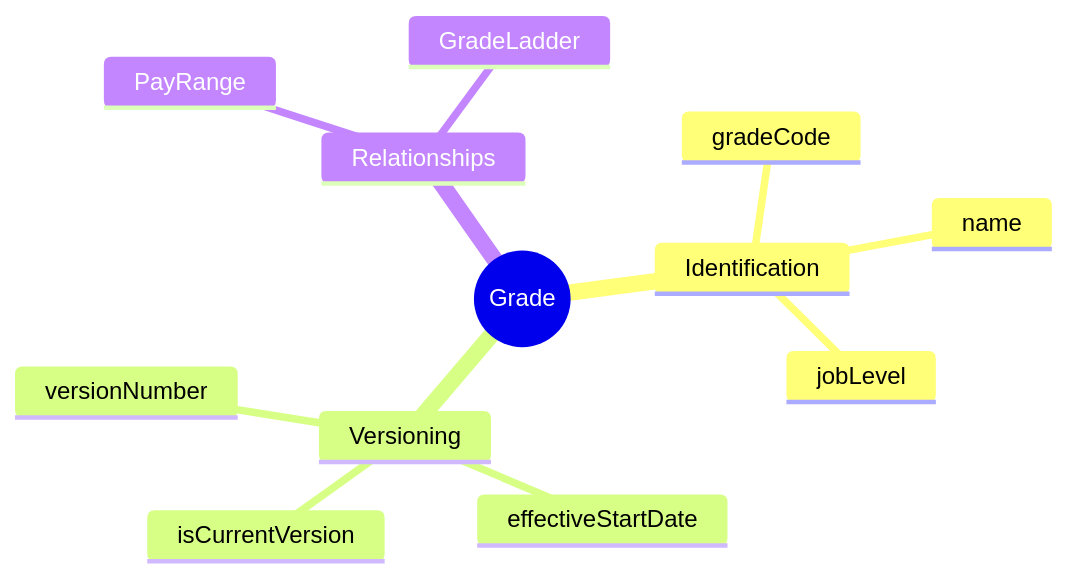
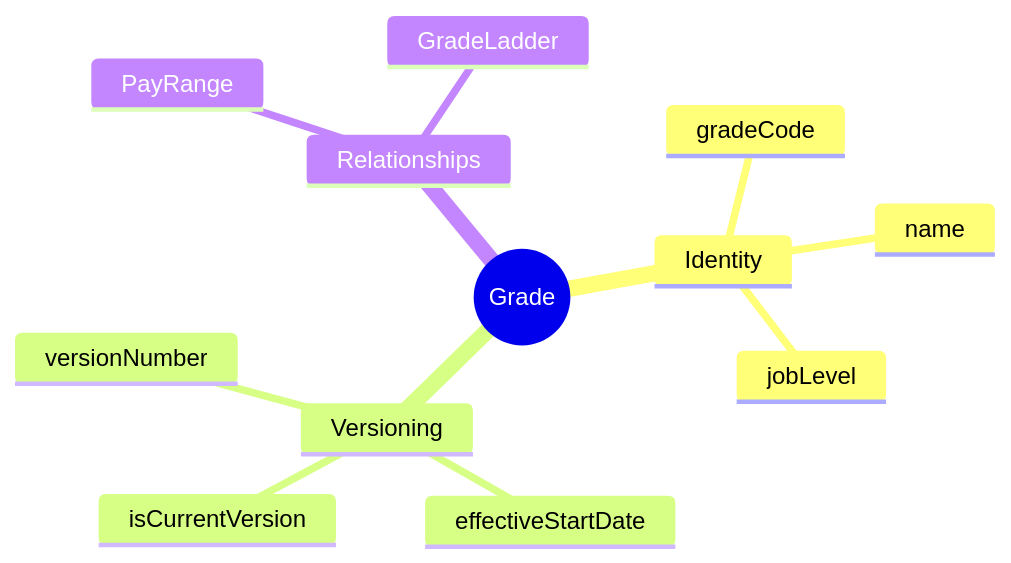
The first of 4 diagrams in docs/01-modules/TR/00-ontology/domain/job-architecture/grade.onto.md (a4b-corporation/xTalent), drawn with Mermaid before and after one commit. The commit also changed other lines of this file and 14 other files, not shown here.

````diff
--- a/docs/01-modules/TR/00-ontology/domain/job-architecture/grade.onto.md
+++ b/docs/01-modules/TR/00-ontology/domain/job-architecture/grade.onto.md
@@ -130,15 +132,15 @@
 ```mermaid
 mindmap
   root((Grade))
-    Identification
+    Identity
       gradeCode
       name
       jobLevel
     Versioning
       versionNumber
       effectiveStartDate
       isCurrentVersion
     Relationships
       PayRange
       GradeLadder
 ```
````
